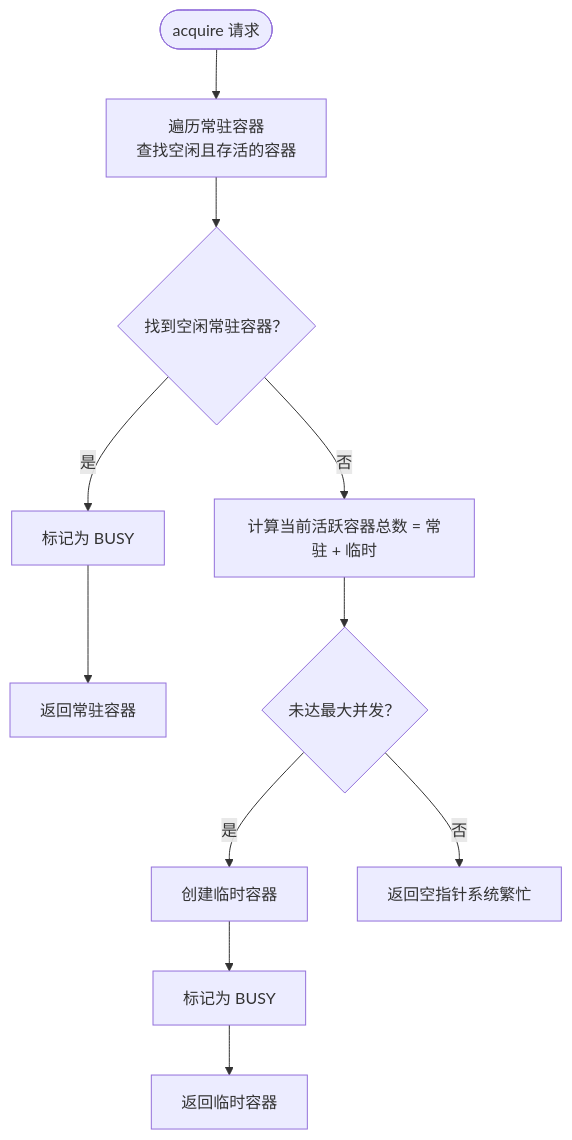
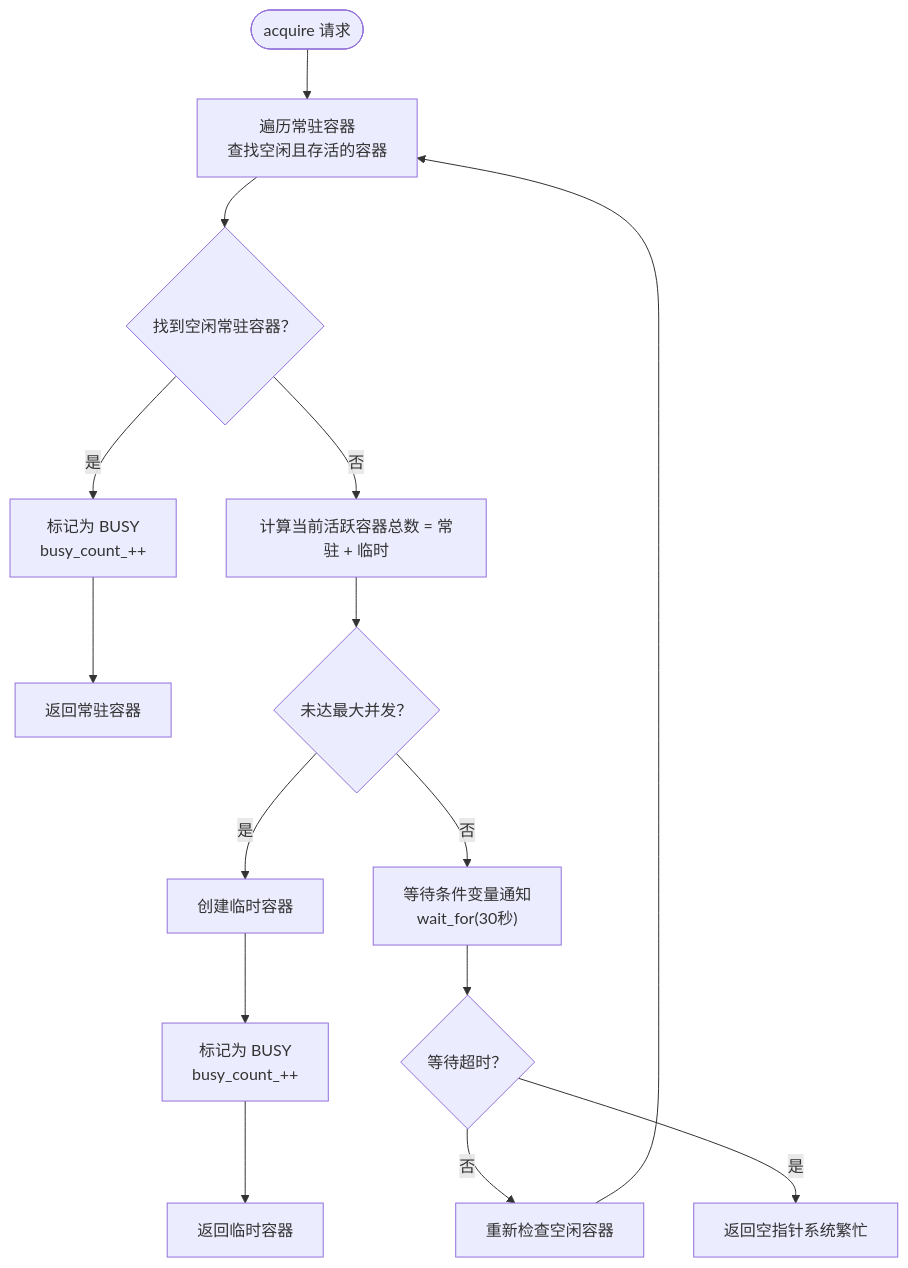
The fourth of 10 diagrams in .qoder/repowiki/zh/content/代码评测系统/容器化沙箱架构.md (jinpeng900/OJ-Test), drawn with Mermaid before and after one commit. The commit also changed other lines of this file and 8 other files, not shown here.

````diff
--- a/.qoder/repowiki/zh/content/代码评测系统/容器化沙箱架构.md
+++ b/.qoder/repowiki/zh/content/代码评测系统/容器化沙箱架构.md
@@ -168,10 +209,13 @@
 ```mermaid
 flowchart TD
 Start(["acquire 请求"]) --> CheckResident["遍历常驻容器<br/>查找空闲且存活的容器"]
 CheckResident --> FoundIdle{"找到空闲常驻容器？"}
-FoundIdle --> |是| MarkBusy["标记为 BUSY"] --> ReturnResident["返回常驻容器"]
+FoundIdle --> |是| MarkBusy["标记为 BUSY<br/>busy_count_++"] --> ReturnResident["返回常驻容器"]
 FoundIdle --> |否| CheckLimit["计算当前活跃容器总数 = 常驻 + 临时"]
 CheckLimit --> WithinLimit{"未达最大并发？"}
-WithinLimit --> |是| CreateTemp["创建临时容器"] --> MarkBusyTemp["标记为 BUSY"] --> ReturnTemp["返回临时容器"]
-WithinLimit --> |否| Reject["返回空指针系统繁忙"]
+WithinLimit --> |是| CreateTemp["创建临时容器"] --> MarkBusyTemp["标记为 BUSY<br/>busy_count_++"] --> ReturnTemp["返回临时容器"]
+WithinLimit --> |否| WaitNotify["等待条件变量通知<br/>wait_for(30秒)"]
+WaitNotify --> Timeout{"等待超时？"}
+Timeout --> |否| RetryCheck["重新检查空闲容器"] --> CheckResident
+Timeout --> |是| Reject["返回空指针系统繁忙"]
 ```
````
